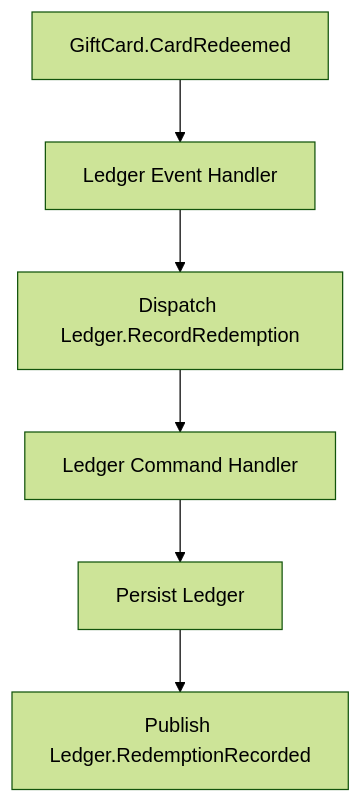
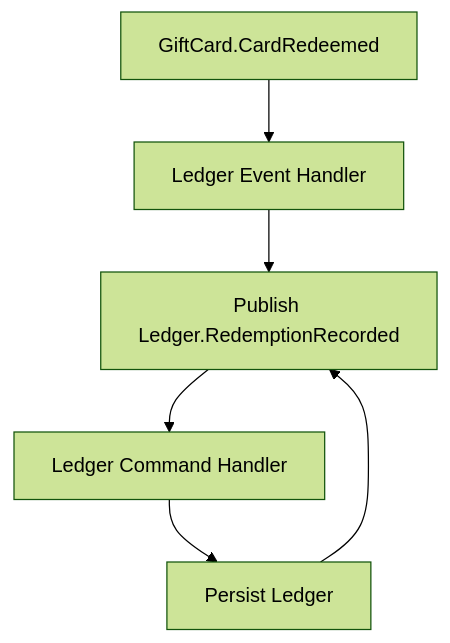
One commit to atomly/domain changed the fourth of 4 diagrams in docs/pdd/001-user-stories.md. Above: the diagram before and after it, drawn with Mermaid (forest theme). The commit also changed other lines of this file and 5 other files, not shown here.

````diff
--- a/docs/pdd/001-user-stories.md
+++ b/docs/pdd/001-user-stories.md
@@ -359,8 +348,8 @@
 ```mermaid
 flowchart TD
   Redeemed[GiftCard.CardRedeemed] --> Handler[Ledger Event Handler]
-  Handler --> Dispatch[Dispatch Ledger.RecordRedemption]
-  Dispatch --> LedgerHandler[Ledger Command Handler]
+  Handler --> Publish[Publish Ledger.RecordRedemption]
+  Publish --> LedgerHandler[Ledger Command Handler]
   LedgerHandler --> Persist[Persist Ledger]
   Persist --> Publish[Publish Ledger.RedemptionRecorded]
 ```
````
